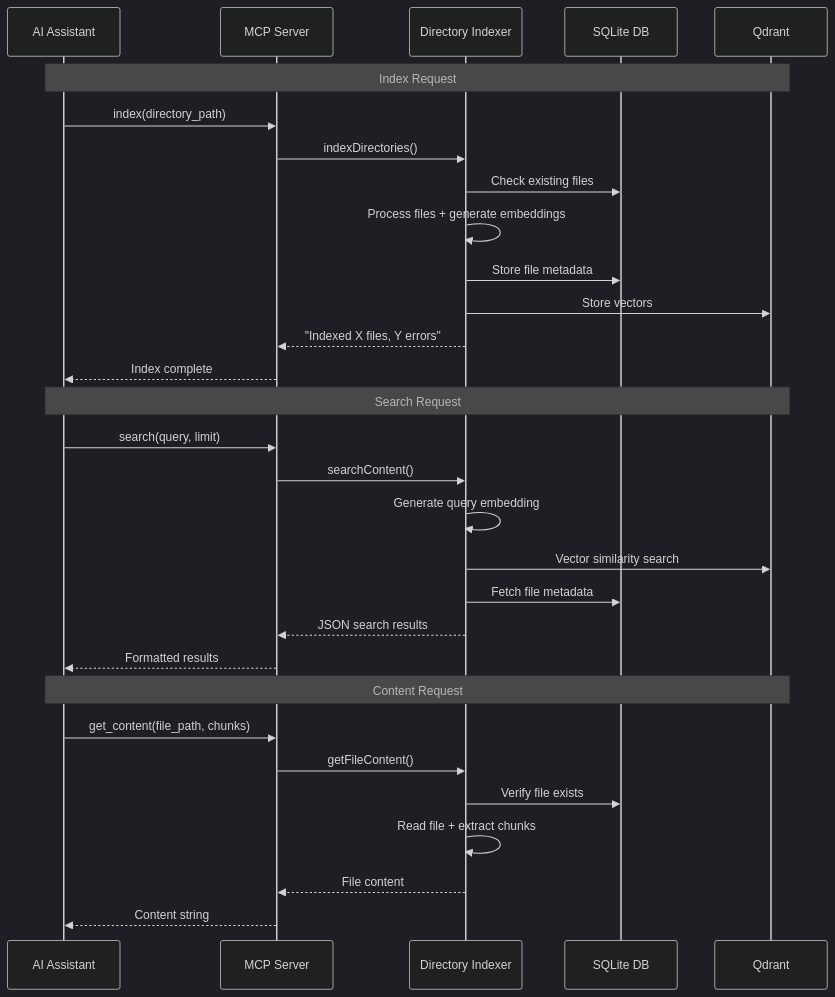
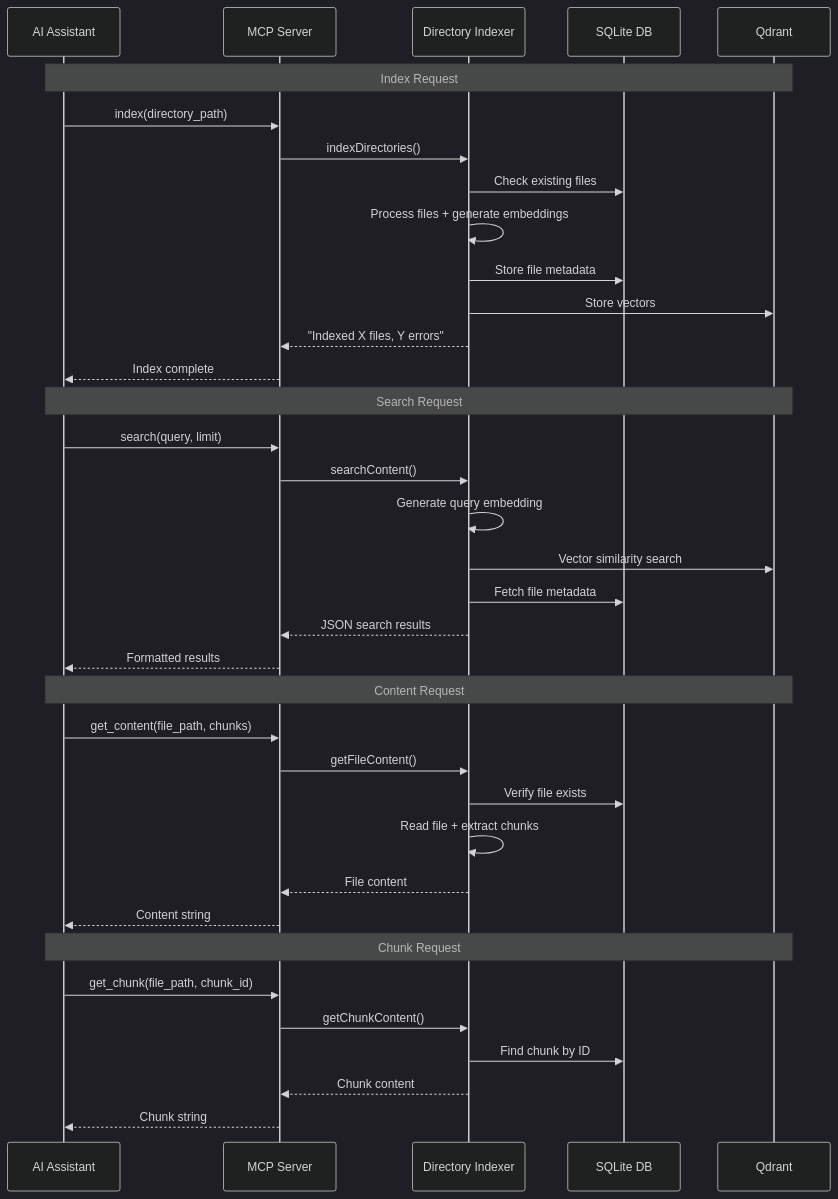
Before and after one commit to peteretelej/directory-indexer: the fourth of 7 diagrams in docs/flows.md, drawn with Mermaid (dark theme). The commit also changed other lines of this file and 2 other files, not shown here.

Commit message:
docs: document search ranking and get_chunk

````diff
--- a/docs/flows.md
+++ b/docs/flows.md
@@ -100,35 +103,42 @@
 ```mermaid
 sequenceDiagram
     participant AI as AI Assistant
     participant MCP as MCP Server
     participant Engine as Directory Indexer
     participant SQLite as SQLite DB
     participant Qdrant as Qdrant
     
     Note over AI,Qdrant: Index Request
     AI->>MCP: index(directory_path)
     MCP->>Engine: indexDirectories()
     Engine->>SQLite: Check existing files
     Engine->>Engine: Process files + generate embeddings
     Engine->>SQLite: Store file metadata
     Engine->>Qdrant: Store vectors
     Engine-->>MCP: "Indexed X files, Y errors"
     MCP-->>AI: Index complete
     
     Note over AI,Qdrant: Search Request
     AI->>MCP: search(query, limit)
     MCP->>Engine: searchContent()
     Engine->>Engine: Generate query embedding
     Engine->>Qdrant: Vector similarity search
     Engine->>SQLite: Fetch file metadata
     Engine-->>MCP: JSON search results
     MCP-->>AI: Formatted results
     
     Note over AI,Qdrant: Content Request
     AI->>MCP: get_content(file_path, chunks)
     MCP->>Engine: getFileContent()
     Engine->>SQLite: Verify file exists
     Engine->>Engine: Read file + extract chunks
     Engine-->>MCP: File content
     MCP-->>AI: Content string
+    
+    Note over AI,Qdrant: Chunk Request
+    AI->>MCP: get_chunk(file_path, chunk_id)
+    MCP->>Engine: getChunkContent()
+    Engine->>SQLite: Find chunk by ID
+    Engine-->>MCP: Chunk content
+    MCP-->>AI: Chunk string
 ```
````
